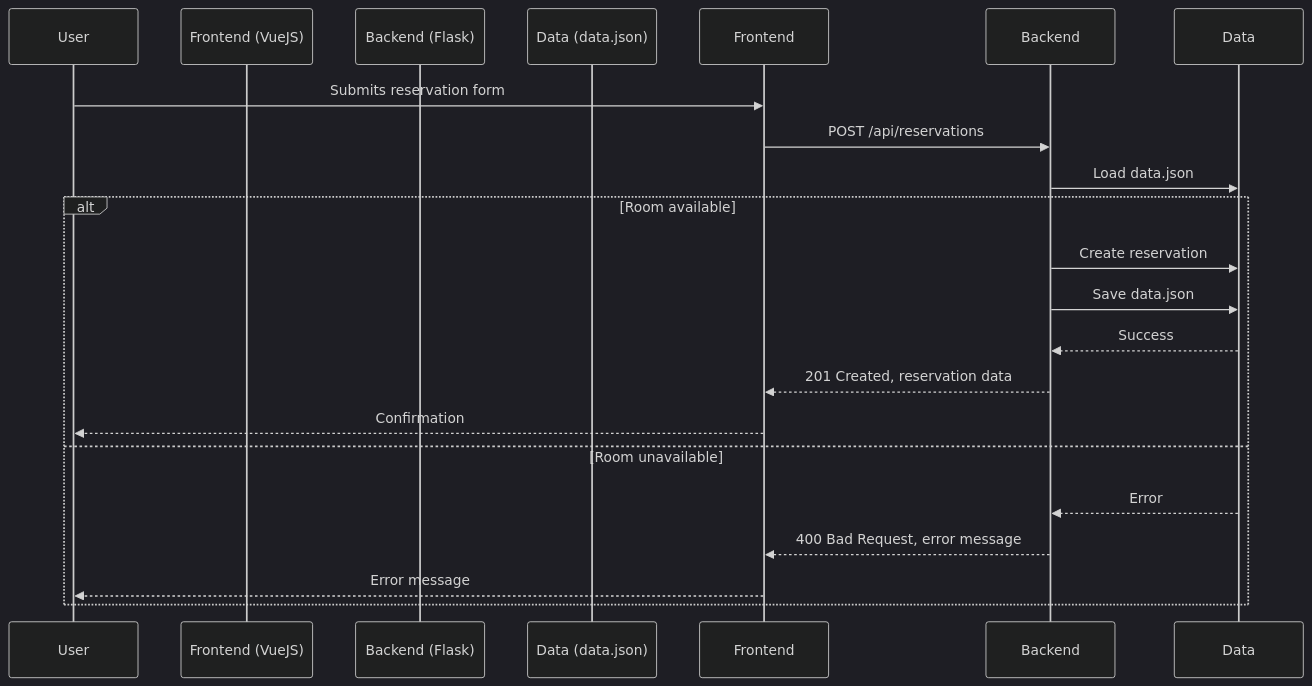
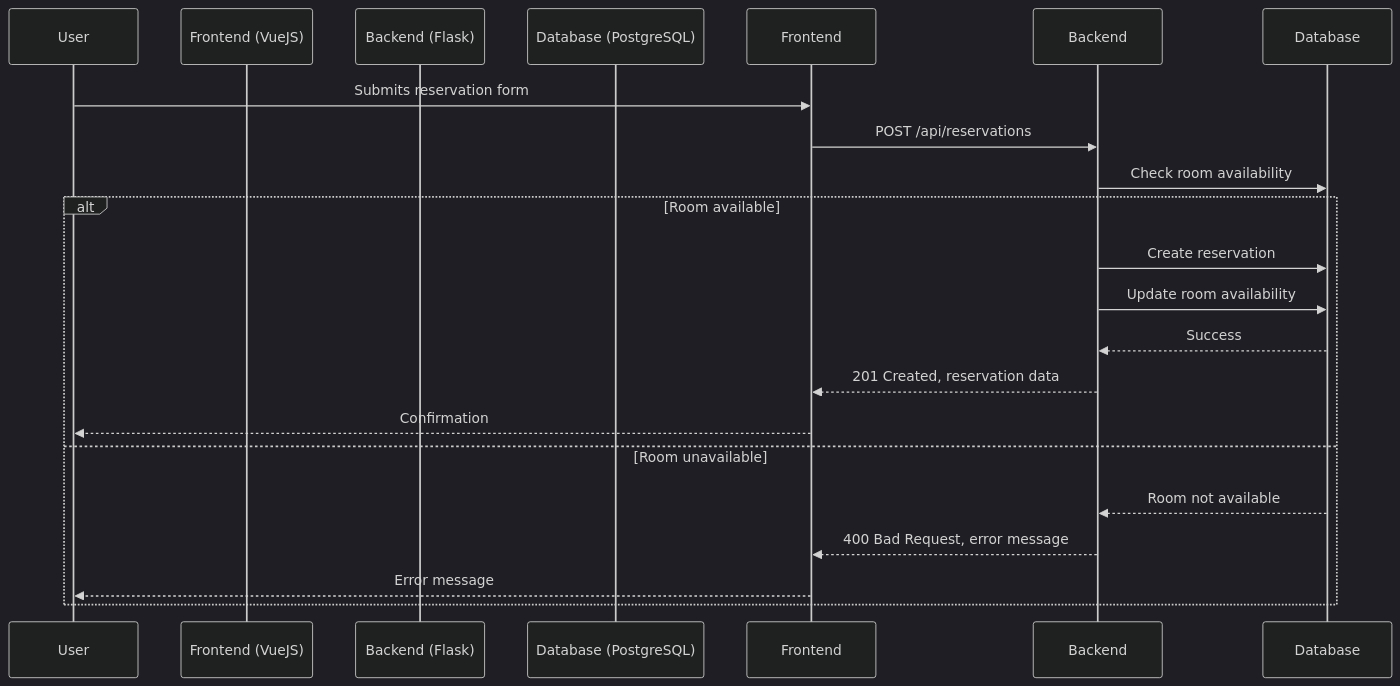
The first of 2 diagrams in README.md (github/travel-reservation-models), drawn with Mermaid (dark theme) before and after one commit. The commit also changed other lines of this file and 6 other files, not shown here.

Commit message:
Refactor Travel Reservations App to use PostgreSQL for data storage, removing JSON file dependency. Update README and Changelog for new database setup and features.

````diff
--- a/README.md
+++ b/README.md
@@ -244,22 +260,22 @@
 ```mermaid
 sequenceDiagram
     participant User
     participant Frontend (VueJS)
     participant Backend (Flask)
-    participant Data (data.json)
+    participant Database (PostgreSQL)
 
     User->>Frontend: Submits reservation form
     Frontend->>Backend: POST /api/reservations
-    Backend->>Data: Load data.json
+    Backend->>Database: Check room availability
     alt Room available
-        Backend->>Data: Create reservation
-        Backend->>Data: Save data.json
-        Data-->>Backend: Success
+        Backend->>Database: Create reservation
+        Backend->>Database: Update room availability
+        Database-->>Backend: Success
         Backend-->>Frontend: 201 Created, reservation data
         Frontend-->>User: Confirmation
     else Room unavailable
-        Data-->>Backend: Error
+        Database-->>Backend: Room not available
         Backend-->>Frontend: 400 Bad Request, error message
         Frontend-->>User: Error message
     end
 ```
````
